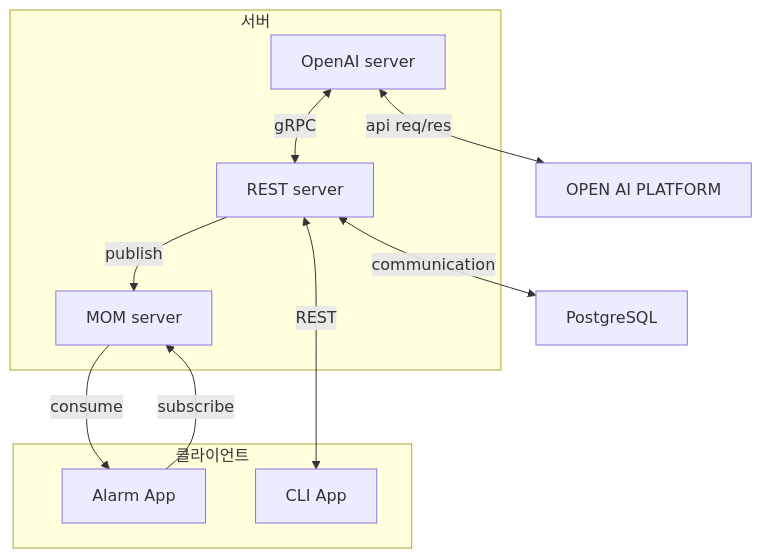
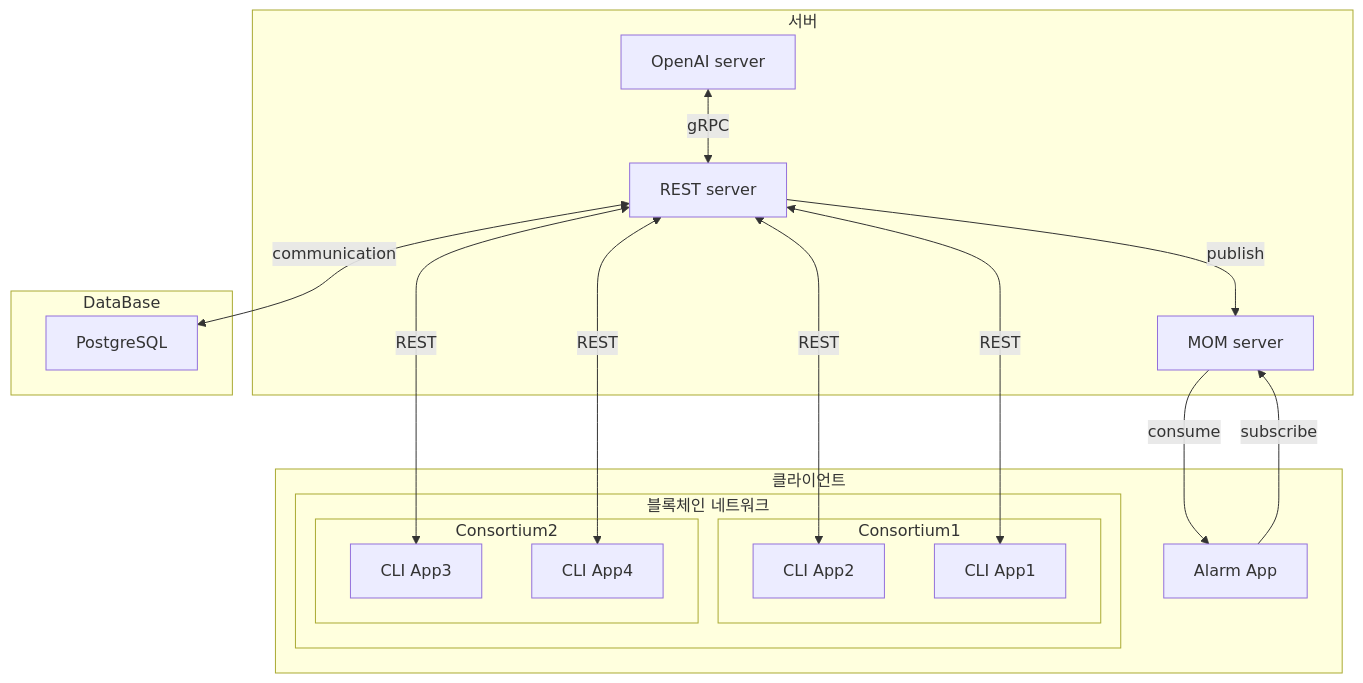
One commit to Jaeun-Choi98/autodata-manager changed the diagram in README.md. Above: the diagram before and after it, drawn with Mermaid. The commit also changed other lines of this file and 1 other file, not shown here.

````diff
--- a/README.md
+++ b/README.md
@@ -70,25 +79,35 @@
 ```mermaid
 graph TD
+
     subgraph 서버
+		    OPENAI[OpenAI server]
         MOM[MOM server]
         REST[REST server]
-        OPENAI[OpenAI server]
+    end
+    subgraph DataBase
+			PostgresSQL[PostgreSQL]
+		end
+    subgraph 클라이언트
+        ALARM[Alarm App]
+        subgraph 블록체인 네트워크
+					subgraph Consortium1
+						CLI2[CLI App2]
+						CLI1[CLI App1]
+					end
+					subgraph Consortium2
+						CLI3[CLI App3]
+						CLI4[CLI App4]
+					end
+				end
     end
 
-    subgraph 클라이언트
-        ALARM[Alarm App]
-        CLI[CLI App]
-
-    end
-
-    DB[PostgreSQL]
-		OPENAIFLATFORM[OPEN AI PLATFORM]
-
+		OPENAI <-- gRPC --> REST
     MOM -- consume --> ALARM
     ALARM -- subscribe --> MOM
-    REST <-- REST --> CLI
-    REST <-- communication --> DB
+    REST <-- REST --> CLI1
+    REST <-- REST --> CLI2
+    REST <-- REST --> CLI3
+    REST <-- REST --> CLI4
+    REST <-- communication --> PostgresSQL
     REST -- publish --> MOM
-    OPENAI <-- gRPC --> REST
-    OPENAI <-- api req/res --> OPENAIFLATFORM
 ```
````
